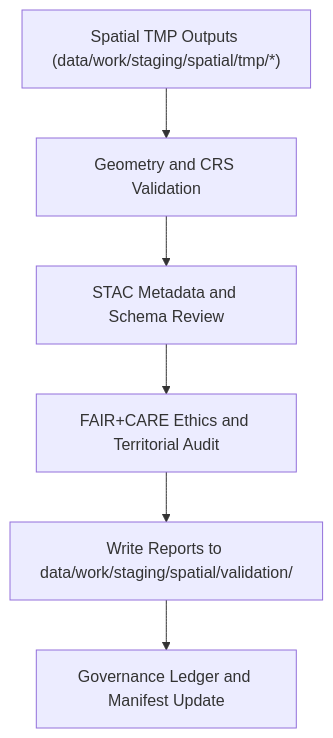
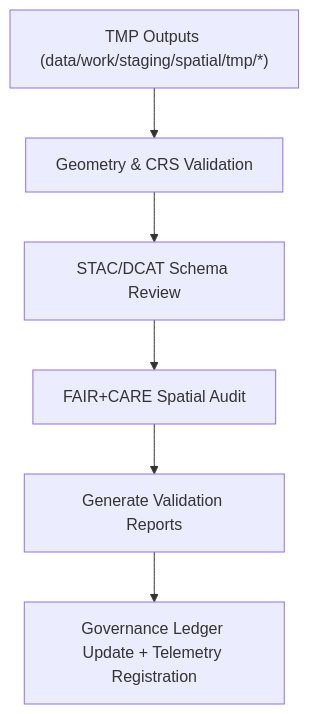
One commit to bartytime4life/Kansas-Frontier-Matrix changed the diagram in data/work/staging/spatial/validation/README.md. Above: the diagram before and after it, drawn with Mermaid. The commit also changed other lines of this file, not shown here.

````diff
--- a/data/work/staging/spatial/validation/README.md
+++ b/data/work/staging/spatial/validation/README.md
@@ -63,8 +69,8 @@
 ```mermaid
 flowchart TD
-    A["Spatial TMP Outputs (data/work/staging/spatial/tmp/*)"] --> B["Geometry and CRS Validation"]
-    B --> C["STAC Metadata and Schema Review"]
-    C --> D["FAIR+CARE Ethics and Territorial Audit"]
-    D --> E["Write Reports to data/work/staging/spatial/validation/"]
-    E --> F["Governance Ledger and Manifest Update"]
+    A["TMP Outputs (data/work/staging/spatial/tmp/*)"] --> B["Geometry & CRS Validation"]
+    B --> C["STAC/DCAT Schema Review"]
+    C --> D["FAIR+CARE Spatial Audit"]
+    D --> E["Generate Validation Reports"]
+    E --> F["Governance Ledger Update + Telemetry Registration"]
 ```
````
